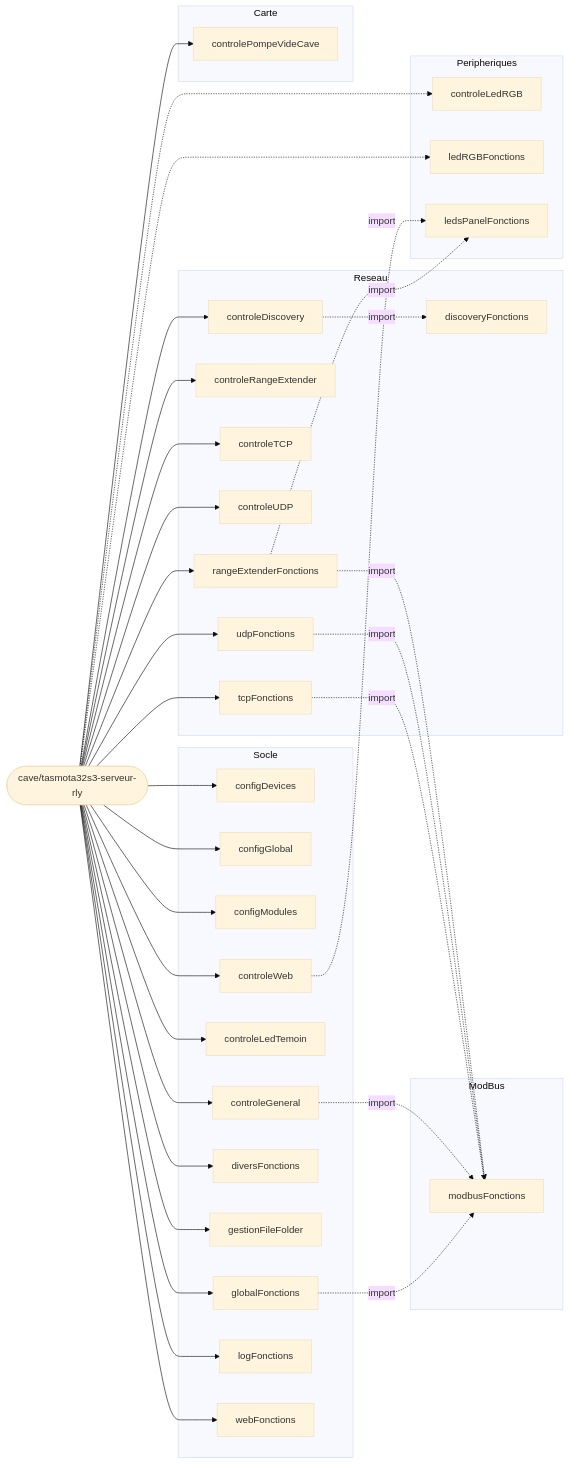
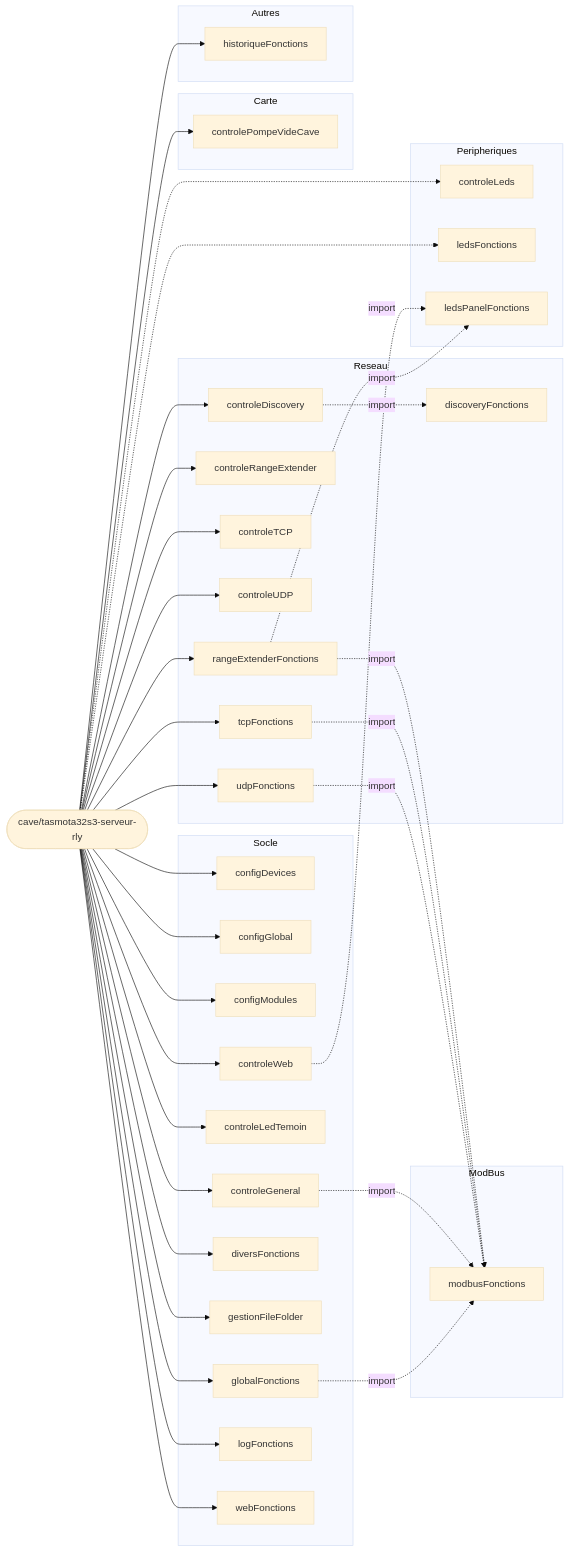
The third of 8 diagrams in outils_docs/CARTE_MODULES_BERRY.md (fdaubercy/Tasmota), drawn with Mermaid (base theme) before and after one commit. The commit also changed other lines of this file and 11 other files, not shown here.

First line of the commit message:
refactor: module LED RGB renomme ledsFonctions / controleLeds

````diff
--- a/outils_docs/CARTE_MODULES_BERRY.md
+++ b/outils_docs/CARTE_MODULES_BERRY.md
@@ -233,67 +240,71 @@
 ```mermaid
 flowchart LR
     CARTE(["cave/tasmota32s3-serveur-rly"])
     subgraph g_Socle["Socle"]
         m_configDevices["configDevices"]
         m_configGlobal["configGlobal"]
         m_configModules["configModules"]
         m_controleGeneral["controleGeneral"]
         m_controleLedTemoin["controleLedTemoin"]
         m_controleWeb["controleWeb"]
         m_diversFonctions["diversFonctions"]
         m_gestionFileFolder["gestionFileFolder"]
         m_globalFonctions["globalFonctions"]
         m_logFonctions["logFonctions"]
         m_webFonctions["webFonctions"]
     end
     subgraph g_Reseau["Reseau"]
         m_controleDiscovery["controleDiscovery"]
         m_controleRangeExtender["controleRangeExtender"]
         m_controleTCP["controleTCP"]
         m_controleUDP["controleUDP"]
         m_discoveryFonctions["discoveryFonctions"]
         m_rangeExtenderFonctions["rangeExtenderFonctions"]
         m_tcpFonctions["tcpFonctions"]
         m_udpFonctions["udpFonctions"]
     end
     subgraph g_ModBus["ModBus"]
         m_modbusFonctions["modbusFonctions"]
     end
     subgraph g_Peripheriques["Peripheriques"]
-        m_controleLedRGB["controleLedRGB"]
-        m_ledRGBFonctions["ledRGBFonctions"]
+        m_controleLeds["controleLeds"]
+        m_ledsFonctions["ledsFonctions"]
         m_ledsPanelFonctions["ledsPanelFonctions"]
     end
     subgraph g_Carte["Carte"]
         m_controlePompeVideCave["controlePompeVideCave"]
+    end
+    subgraph g_Autres["Autres"]
+        m_historiqueFonctions["historiqueFonctions"]
     end
     CARTE --> m_configDevices
     CARTE --> m_configGlobal
     CARTE --> m_configModules
     CARTE --> m_controleGeneral
     CARTE --> m_controleLedTemoin
     CARTE --> m_controleWeb
     CARTE --> m_diversFonctions
     CARTE --> m_gestionFileFolder
     CARTE --> m_globalFonctions
     CARTE --> m_logFonctions
     CARTE --> m_webFonctions
     CARTE --> m_controleDiscovery
     CARTE --> m_controleRangeExtender
     CARTE --> m_controleTCP
     CARTE --> m_controleUDP
     m_controleDiscovery -.->|import| m_discoveryFonctions
     CARTE --> m_rangeExtenderFonctions
     CARTE --> m_tcpFonctions
     CARTE --> m_udpFonctions
+    m_rangeExtenderFonctions -.->|import| m_modbusFonctions
+    m_tcpFonctions -.->|import| m_modbusFonctions
+    m_udpFonctions -.->|import| m_modbusFonctions
     m_controleGeneral -.->|import| m_modbusFonctions
-    m_rangeExtenderFonctions -.->|import| m_modbusFonctions
     m_globalFonctions -.->|import| m_modbusFonctions
-    m_udpFonctions -.->|import| m_modbusFonctions
-    m_tcpFonctions -.->|import| m_modbusFonctions
-    CARTE -.-> m_controleLedRGB
-    CARTE -.-> m_ledRGBFonctions
+    CARTE -.-> m_controleLeds
+    CARTE -.-> m_ledsFonctions
+    m_rangeExtenderFonctions -.->|import| m_ledsPanelFonctions
     m_controleWeb -.->|import| m_ledsPanelFonctions
-    m_rangeExtenderFonctions -.->|import| m_ledsPanelFonctions
     CARTE --> m_controlePompeVideCave
+    CARTE --> m_historiqueFonctions
 ```
````
